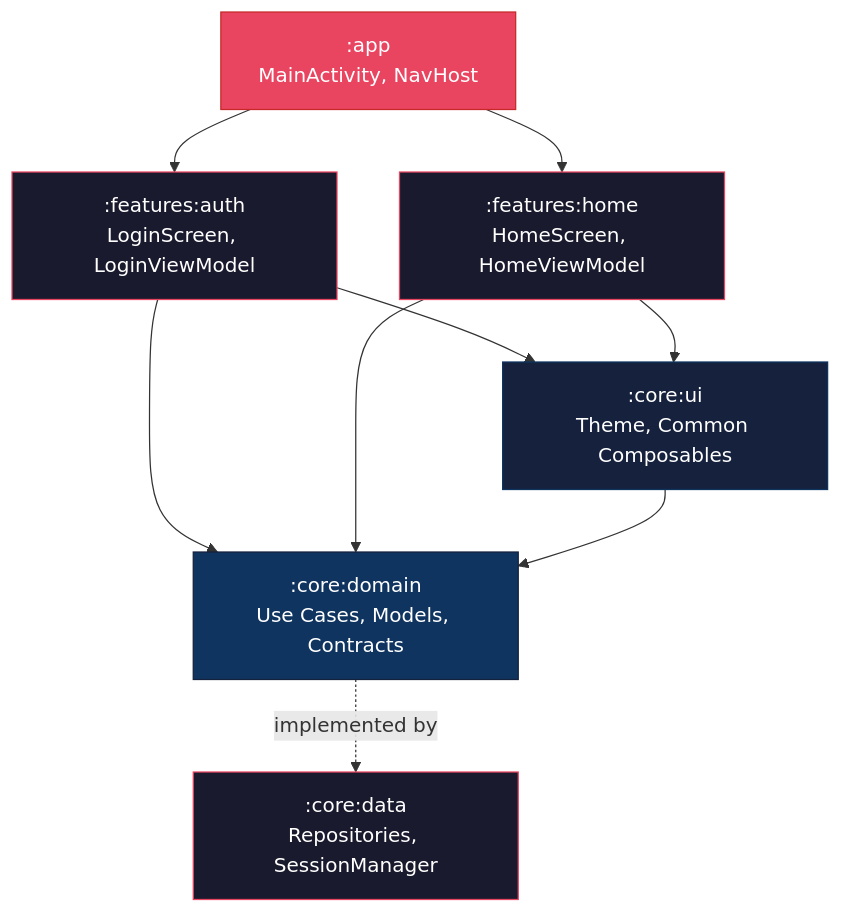
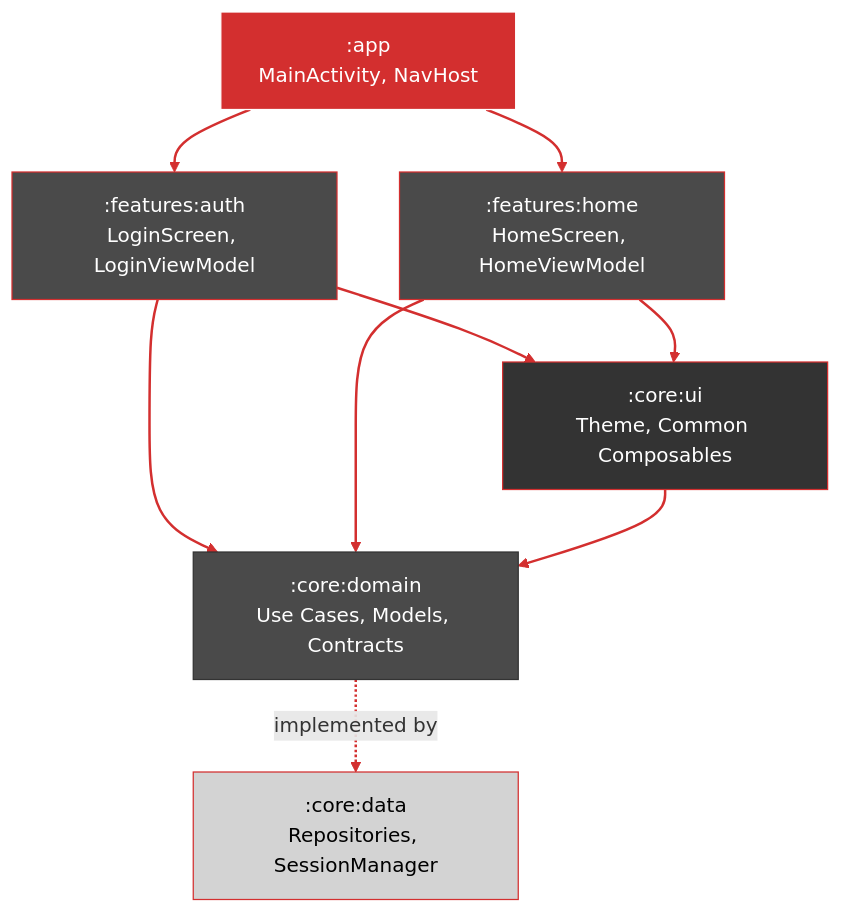
Before and after one commit to Rho-Studio/UI-Utils-Rho-Studio: the second of 13 diagrams in README.md, drawn with Mermaid. The commit also changed other lines of this file and 2 other files, not shown here.

````diff
--- a/README.md
+++ b/README.md
@@ -65,30 +83,44 @@
 ```mermaid
 flowchart TD
     APP[":app<br/>MainActivity, NavHost"]
     
     AUTH[":features:auth<br/>LoginScreen, LoginViewModel"]
     HOME[":features:home<br/>HomeScreen, HomeViewModel"]
     
     UI_CORE[":core:ui<br/>Theme, Common Composables"]
     DOMAIN[":core:domain<br/>Use Cases, Models, Contracts"]
     DATA[":core:data<br/>Repositories, SessionManager"]
     
     APP --> AUTH
     APP --> HOME
     
     AUTH --> UI_CORE
     AUTH --> DOMAIN
     HOME --> UI_CORE
     HOME --> DOMAIN
     
     UI_CORE --> DOMAIN
     
     DOMAIN -.->|"implemented by"| DATA
-    
-    style APP fill:#e94560,stroke:#c62828,color:#ffffff
-    style AUTH fill:#1a1a2e,stroke:#e94560,color:#ffffff
-    style HOME fill:#1a1a2e,stroke:#e94560,color:#ffffff
-    style UI_CORE fill:#16213e,stroke:#0f3460,color:#ffffff
-    style DOMAIN fill:#0f3460,stroke:#16213e,color:#ffffff
-    style DATA fill:#1a1a2e,stroke:#e94560,color:#ffffff
+
+    linkStyle default stroke:#D32F2F,stroke-width:2px
+
+    classDef appNode fill:#D32F2F,stroke:#FFFFFF,color:#FFFFFF
+    classDef featureNode fill:#4A4A4A,stroke:#D32F2F,color:#FFFFFF
+    classDef coreNode fill:#333333,stroke:#D32F2F,color:#FFFFFF
+    classDef domainNode fill:#333333,stroke:#D32F2F,color:#FFFFFF
+    classDef dataNode fill:#333333,stroke:#D32F2F,color:#FFFFFF
+
+    class APP appNode
+    class AUTH,HOME featureNode
+    class UI_CORE coreNode
+    class DOMAIN domainNode
+    class DATA dataNode
+
+    style APP fill:#D32F2F,stroke:#FFFFFF,color:#FFFFFF
+    style AUTH fill:#4A4A4A,stroke:#D32F2F,color:#FFFFFF
+    style HOME fill:#4A4A4A,stroke:#D32F2F,color:#FFFFFF
+    style UI_CORE fill:#333333,stroke:#D32F2F,color:#FFFFFF
+    style DOMAIN fill:#4A4A4A,stroke:#333333,color:#FFFFFF
+    style DATA fill:#D3D3D3,stroke:#D32F2F,color:#000000
 ```
````
